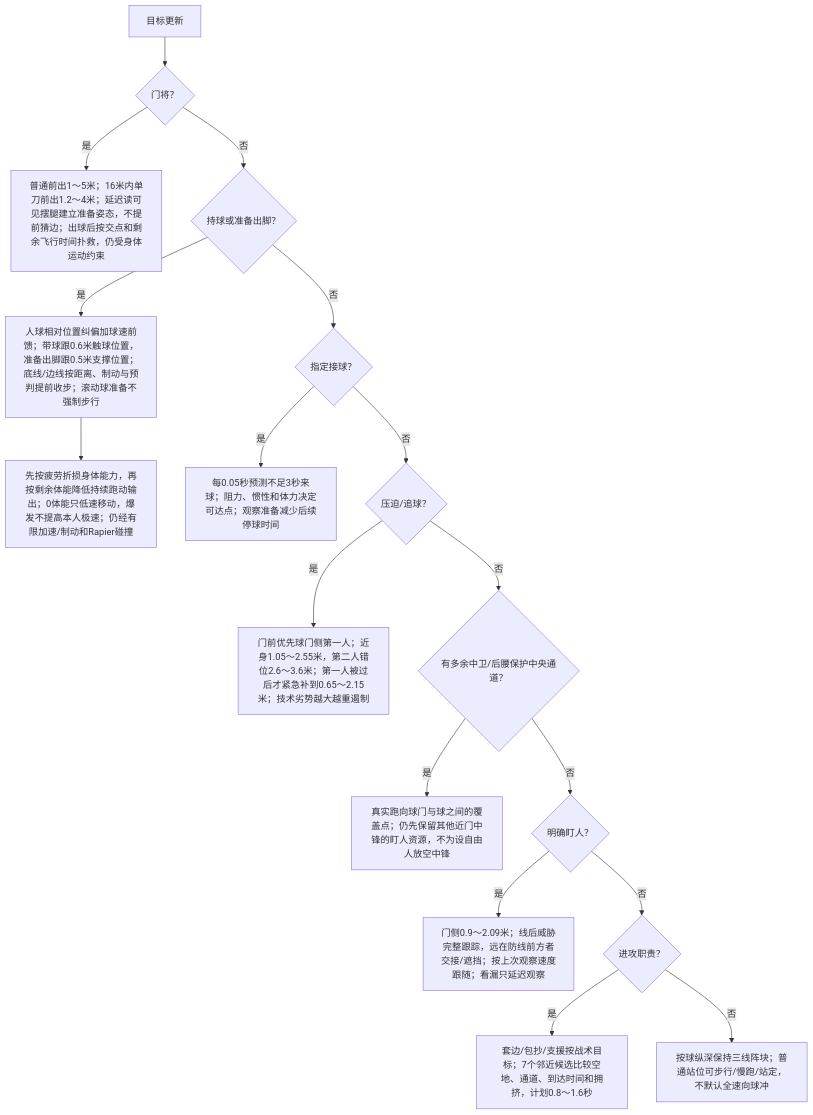
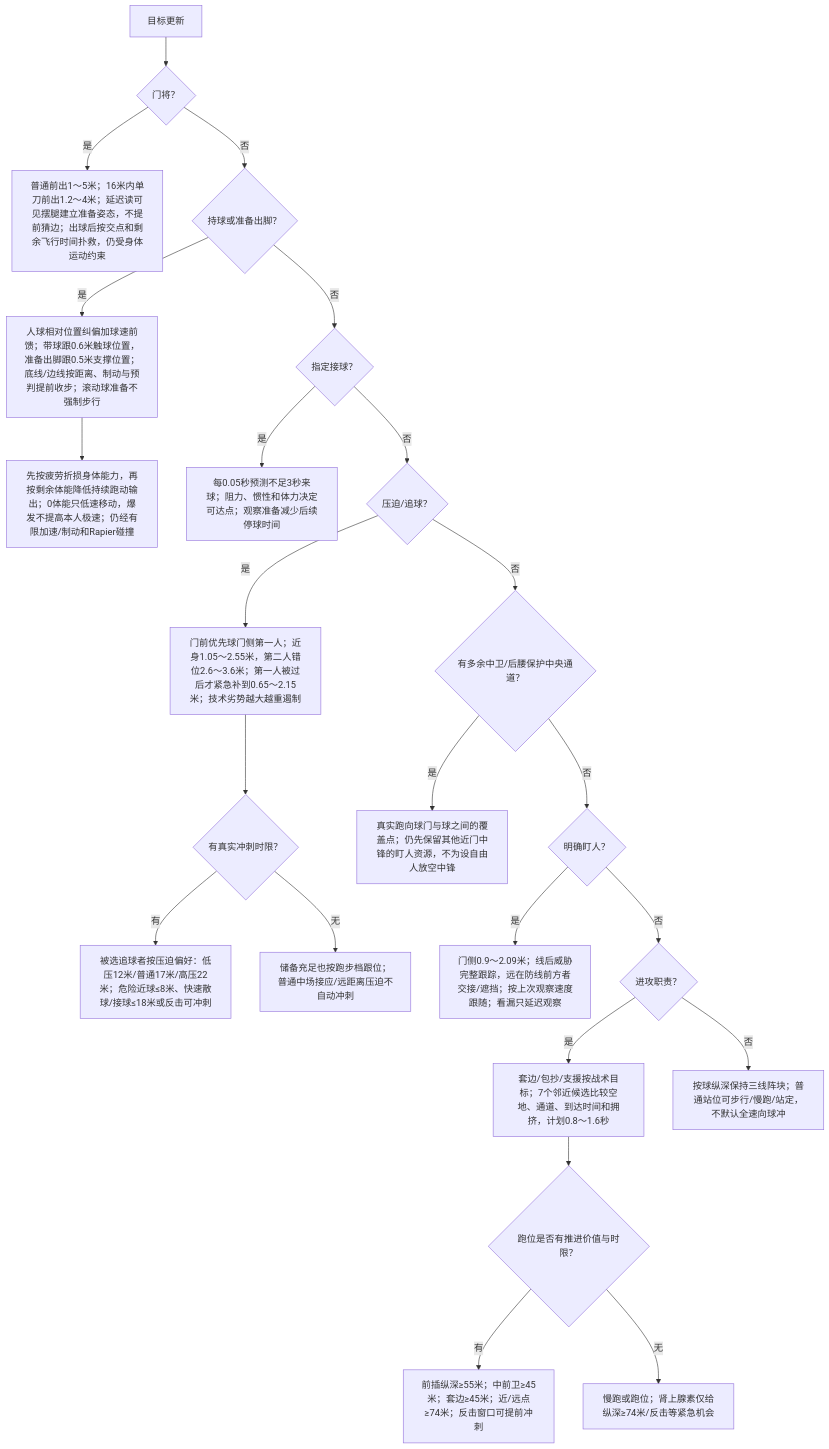
One commit to sixu3575/touchline-manager changed the third of 7 diagrams in packages/shared/modules/matches/design/PLAYER_DECISION_MAP.md. Above: the diagram before and after it, drawn with Mermaid. The commit also changed other lines of this file and 16 other files, not shown here.

````diff
--- a/packages/shared/modules/matches/design/PLAYER_DECISION_MAP.md
+++ b/packages/shared/modules/matches/design/PLAYER_DECISION_MAP.md
@@ -84,19 +84,25 @@
 ```mermaid
 flowchart TD
   P0["目标更新"] --> P1{"门将？"}
   P1 -->|是| PK["普通前出1～5米；16米内单刀前出1.2～4米；延迟读可见摆腿建立准备姿态，不提前猜边；出球后按交点和剩余飞行时间扑救，仍受身体运动约束"]
   P1 -->|否| P2{"持球或准备出脚？"}
   P2 -->|是| PM["人球相对位置纠偏加球速前馈；带球跟0.6米触球位置，准备出脚跟0.5米支撑位置；底线/边线按距离、制动与预判提前收步；滚动球准备不强制步行"]
   PM --> PA["先按疲劳折损身体能力，再按剩余体能降低持续跑动输出；0体能只低速移动，爆发不提高本人极速；仍经有限加速/制动和Rapier碰撞"]
   P2 -->|否| P3{"指定接球？"}
   P3 -->|是| PR["每0.05秒预测不足3秒来球；阻力、惯性和体力决定可达点；观察准备减少后续停球时间"]
   P3 -->|否| P4{"压迫/追球？"}
   P4 -->|是| PP["门前优先球门侧第一人；近身1.05～2.55米，第二人错位2.6～3.6米；第一人被过后才紧急补到0.65～2.15米；技术劣势越大越重遏制"]
+  PP --> PX{"有真实冲刺时限？"}
+  PX -->|有| PB["被选追球者按压迫偏好：低压12米/普通17米/高压22米；危险近球≤8米、快速散球/接球≤18米或反击可冲刺"]
+  PX -->|无| PJ["储备充足也按跑步档跟位；普通中场接应/远距离压迫不自动冲刺"]
   P4 -->|否| PC{"有多余中卫/后腰保护中央通道？"}
   PC -->|是| PG["真实跑向球门与球之间的覆盖点；仍先保留其他近门中锋的盯人资源，不为设自由人放空中锋"]
   PC -->|否| P5{"明确盯人？"}
   P5 -->|是| PD["门侧0.9～2.09米；线后威胁完整跟踪，远在防线前方者交接/遮挡；按上次观察速度跟随；看漏只延迟观察"]
   P5 -->|否| P6{"进攻职责？"}
   P6 -->|是| PS["套边/包抄/支援按战术目标；7个邻近候选比较空地、通道、到达时间和拥挤，计划0.8～1.6秒"]
-  P6 -->|否| PB["按球纵深保持三线阵块；普通站位可步行/慢跑/站定，不默认全速向球冲"]
+  PS --> PX2{"跑位是否有推进价值与时限？"}
+  PX2 -->|有| PB2["前插纵深≥55米；中前卫≥45米；套边≥45米；近/远点≥74米；反击窗口可提前冲刺"]
+  PX2 -->|无| PJ2["慢跑或跑位；肾上腺素仅给纵深≥74米/反击等紧急机会"]
+  P6 -->|否| PO["按球纵深保持三线阵块；普通站位可步行/慢跑/站定，不默认全速向球冲"]
 ```
````
